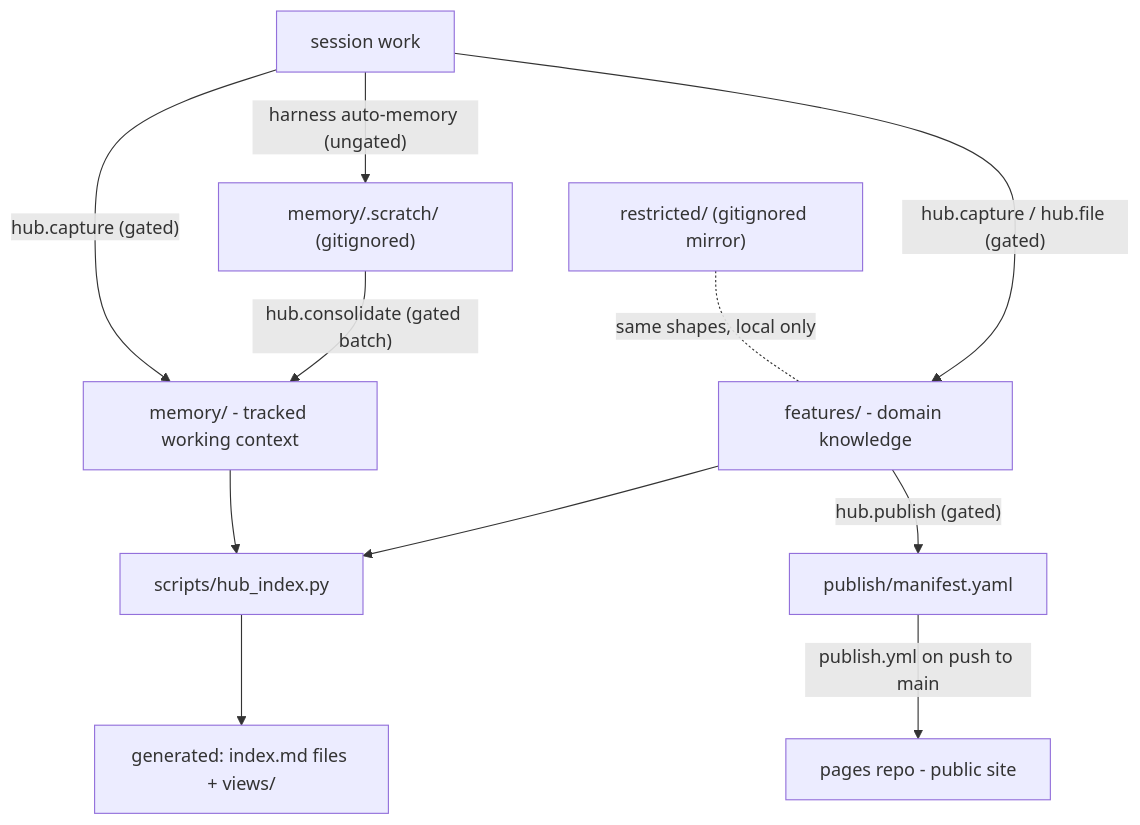
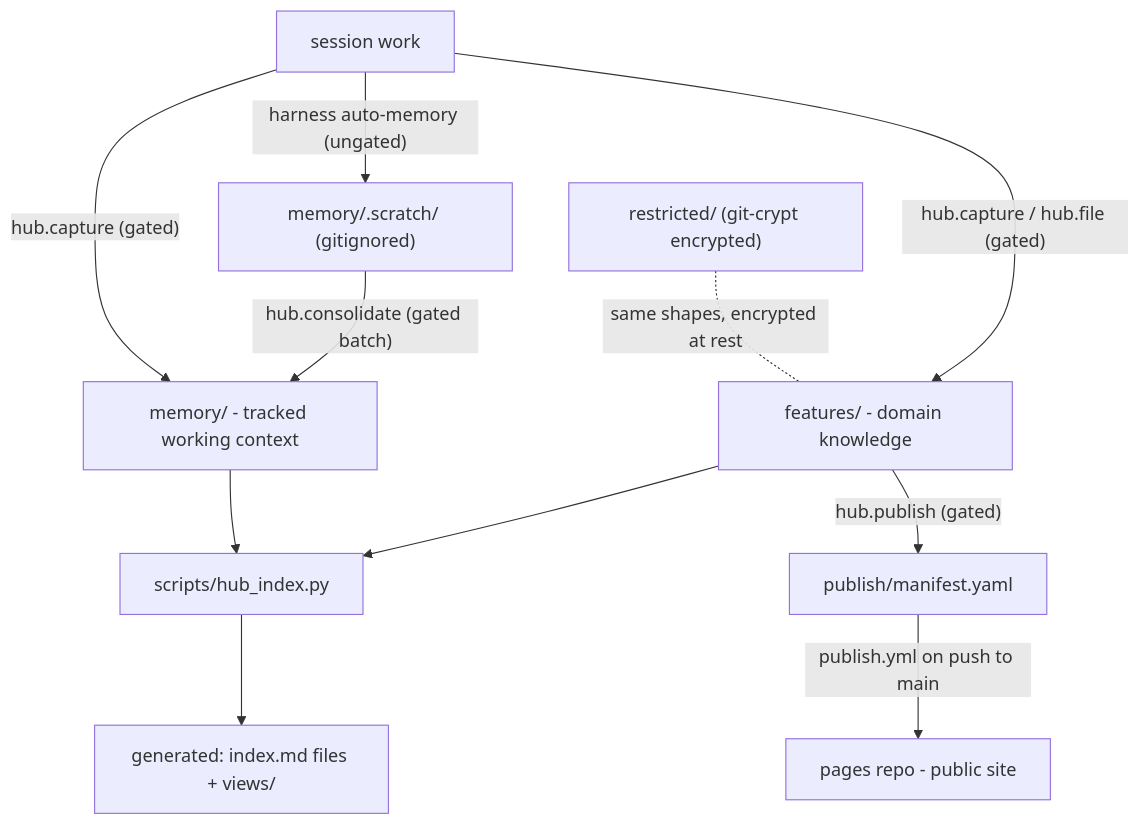
The diagram in docs/architecture.md (solaius/rhoai-agentic-hub), drawn with Mermaid before and after one commit. The commit also changed other lines of this file and 4 other files, not shown here.

First line of the commit message:
feat: prepare git-crypt migration for restricted/ (#14)

````diff
--- a/docs/architecture.md
+++ b/docs/architecture.md
@@ -32,13 +32,13 @@
 ```mermaid
 flowchart TD
     W["session work"] -->|"hub.capture / hub.file (gated)"| F["features/ - domain knowledge"]
     W -->|"harness auto-memory (ungated)"| S["memory/.scratch/ (gitignored)"]
     S -->|"hub.consolidate (gated batch)"| M["memory/ - tracked working context"]
     W -->|"hub.capture (gated)"| M
     F --> I["scripts/hub_index.py"]
     M --> I
     I --> G["generated: index.md files + views/"]
     F -->|"hub.publish (gated)"| P["publish/manifest.yaml"]
     P -->|"publish.yml on push to main"| X["pages repo - public site"]
-    R["restricted/ (gitignored mirror)"] -. "same shapes, local only" .- F
+    R["restricted/ (git-crypt encrypted)"] -. "same shapes, encrypted at rest" .- F
 ```
````
